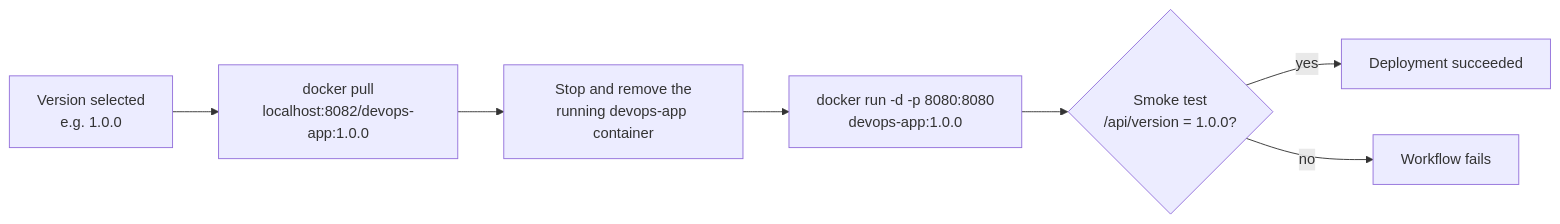
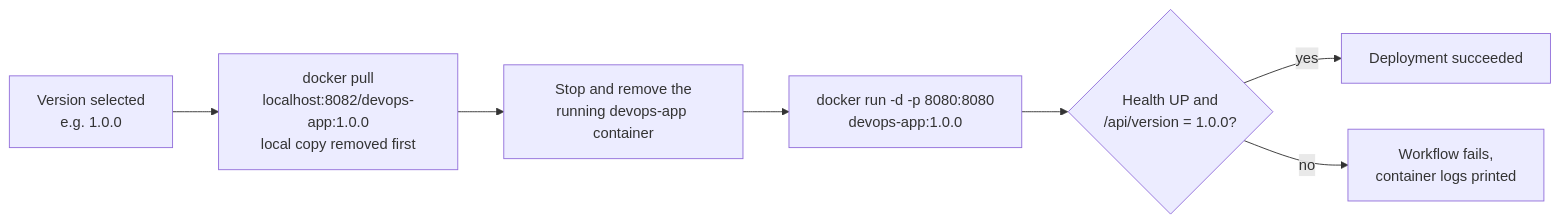
Before and after one commit to manaymehta/devops-nexus-pipeline: the sixth of 9 diagrams in docs/ARCHITECTURE.md, drawn with Mermaid. The commit also changed other lines of this file and 5 other files, not shown here.

````diff
--- a/docs/ARCHITECTURE.md
+++ b/docs/ARCHITECTURE.md
@@ -200,9 +210,9 @@
 ```mermaid
 flowchart LR
-    pick["Version selected<br/>e.g. 1.0.0"] --> pull["docker pull<br/>localhost:8082/devops-app:1.0.0"]
+    pick["Version selected<br/>e.g. 1.0.0"] --> pull["docker pull<br/>localhost:8082/devops-app:1.0.0<br/>local copy removed first"]
     pull --> stop["Stop and remove the<br/>running devops-app container"]
     stop --> start["docker run -d -p 8080:8080<br/>devops-app:1.0.0"]
-    start --> check{"Smoke test<br/>/api/version = 1.0.0?"}
+    start --> check{"Health UP and<br/>/api/version = 1.0.0?"}
     check -- "yes" --> ok["Deployment succeeded"]
-    check -- "no" --> fail["Workflow fails"]
+    check -- "no" --> fail["Workflow fails,<br/>container logs printed"]
 ```
````
